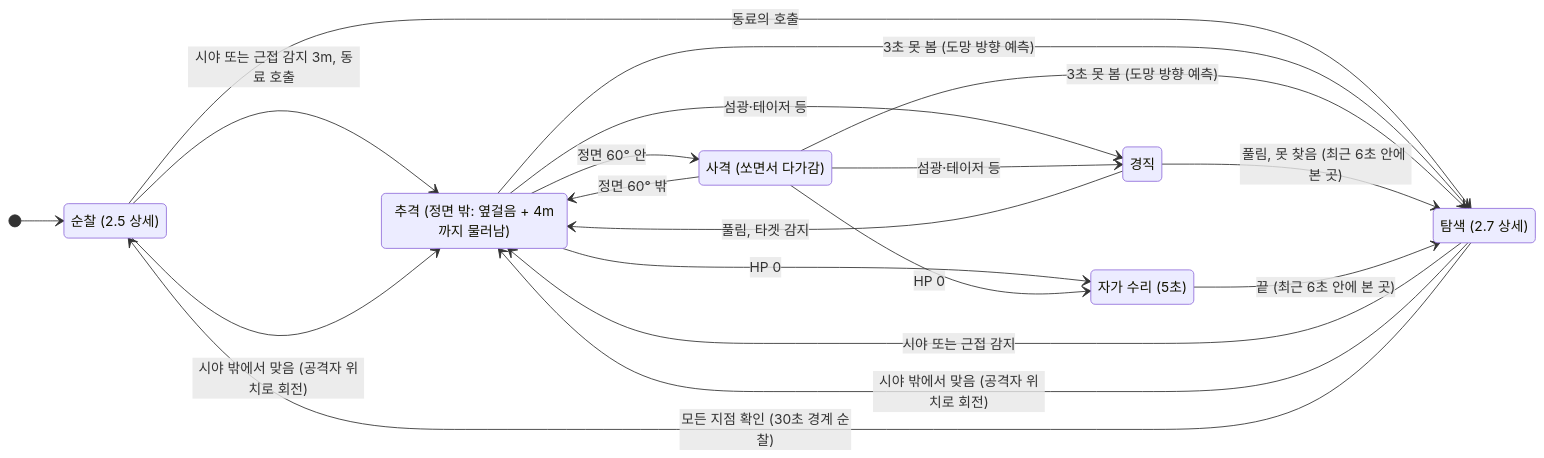
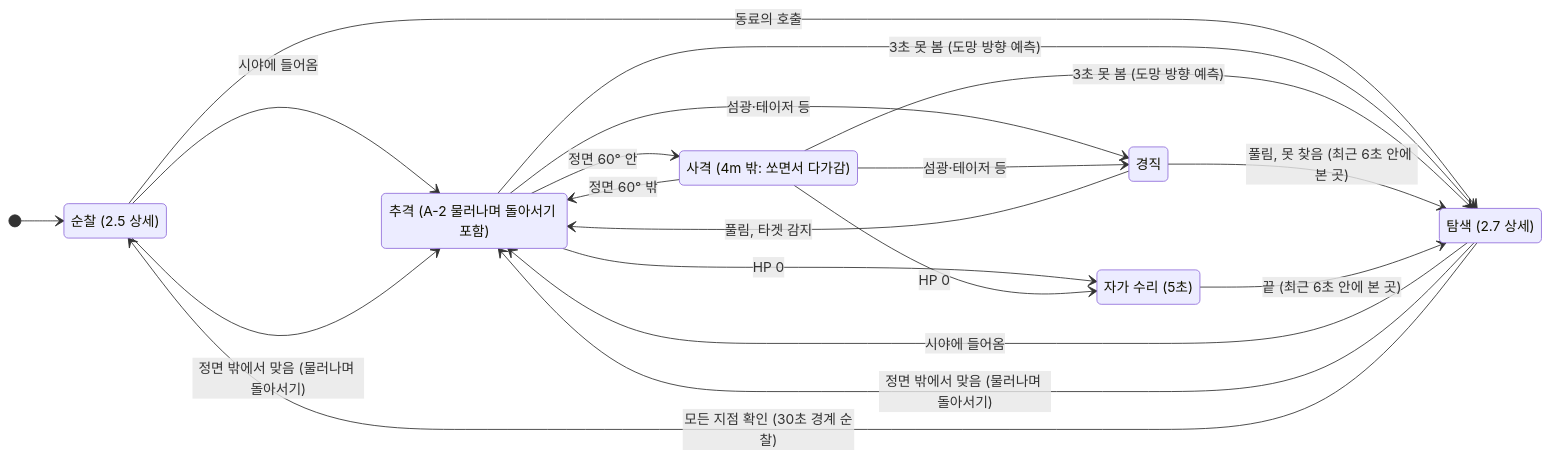
Before and after one commit to zkssk0812/unreal_multi_game_project: the fifth of 6 diagrams in Server/docs/경비원AI_공격탐색_개선안.md, drawn with Mermaid. The commit also changed other lines of this file, not shown here.

Commit message:
경비원 AI 개선안: 근접 감지 제외, 물러나며 돌아서기로 공격 개선 통합

````diff
--- a/Server/docs/경비원AI_공격탐색_개선안.md
+++ b/Server/docs/경비원AI_공격탐색_개선안.md
@@ -258,28 +293,28 @@
 ```mermaid
 stateDiagram-v2
     direction LR
     state "순찰 (2.5 상세)" as Patrol
-    state "추격 (정면 밖: 옆걸음 + 4m까지 물러남)" as Chase
-    state "사격 (쏘면서 다가감)" as Attack
+    state "추격 (A-2 물러나며 돌아서기 포함)" as Chase
+    state "사격 (4m 밖: 쏘면서 다가감)" as Attack
     state "경직" as Stunned
     state "자가 수리 (5초)" as Repair
     state "탐색 (2.7 상세)" as Search
     [*] --> Patrol
-    Patrol --> Chase: 시야 또는 근접 감지 3m, 동료 호출
-    Search --> Chase: 시야 또는 근접 감지
-    Patrol --> Chase: 시야 밖에서 맞음 (공격자 위치로 회전)
-    Search --> Chase: 시야 밖에서 맞음 (공격자 위치로 회전)
+    Patrol --> Chase: 시야에 들어옴
+    Search --> Chase: 시야에 들어옴
+    Patrol --> Chase: 정면 밖에서 맞음 (물러나며 돌아서기)
+    Search --> Chase: 정면 밖에서 맞음 (물러나며 돌아서기)
     Patrol --> Search: 동료의 호출
     Chase --> Attack: 정면 60° 안
     Attack --> Chase: 정면 60° 밖
     Chase --> Search: 3초 못 봄 (도망 방향 예측)
     Attack --> Search: 3초 못 봄 (도망 방향 예측)
     Search --> Patrol: 모든 지점 확인 (30초 경계 순찰)
     Chase --> Stunned: 섬광·테이저 등
     Attack --> Stunned: 섬광·테이저 등
     Stunned --> Chase: 풀림, 타겟 감지
     Stunned --> Search: 풀림, 못 찾음 (최근 6초 안에 본 곳)
     Chase --> Repair: HP 0
     Attack --> Repair: HP 0
     Repair --> Search: 끝 (최근 6초 안에 본 곳)
 ```
````
